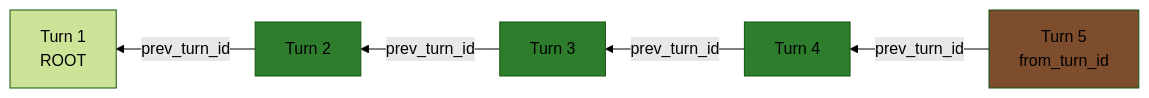
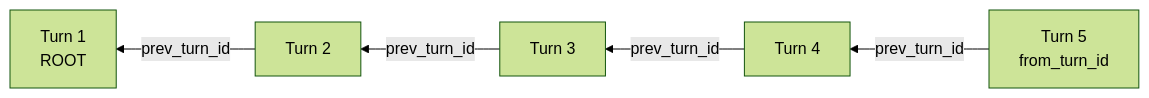
One commit to haowjy/meridian-flow changed the second of 5 diagrams in _docs/technical/backend/thread/pagination.md. Above: the diagram before and after it, drawn with Mermaid (forest theme). The commit also changed other lines of this file and 46 other files, not shown here.

````diff
--- a/_docs/technical/backend/thread/pagination.md
+++ b/_docs/technical/backend/thread/pagination.md
@@ -275,18 +273,14 @@
 ```mermaid
 graph RL
     T5[Turn 5<br/>from_turn_id]
     T4[Turn 4]
     T3[Turn 3]
     T2[Turn 2]
     T1[Turn 1<br/>ROOT]
 
     T5 -->|prev_turn_id| T4
     T4 -->|prev_turn_id| T3
     T3 -->|prev_turn_id| T2
     T2 -->|prev_turn_id| T1
 
-    style T5 fill:#7d4d2d
-    style T4 fill:#2d7d2d
-    style T3 fill:#2d7d2d
-    style T2 fill:#2d7d2d
 ```
````
